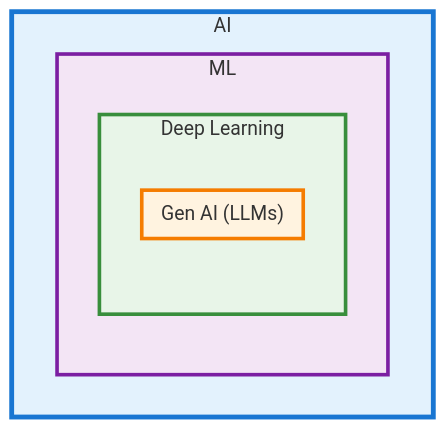
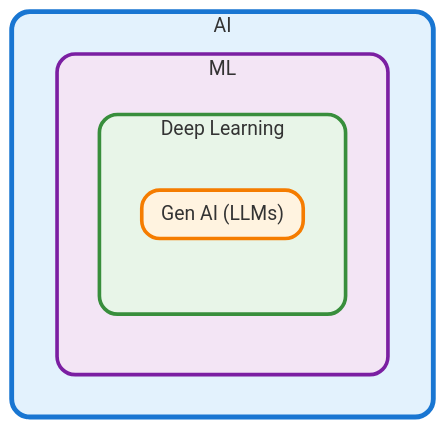
One commit to skolaric/book-ai-and-machine-learning-a-quick-start-guide changed the diagram in 010-overview-of-ai-and-ml.md. Above: the diagram before and after it, drawn with Mermaid.

````diff
--- a/010-overview-of-ai-and-ml.md
+++ b/010-overview-of-ai-and-ml.md
@@ -4,22 +4,22 @@
 ```mermaid
 graph TB
     subgraph AI ["AI"]
         subgraph ML ["ML"]
             subgraph DL ["Deep Learning"]
                 subgraph GenAI ["Gen AI (LLMs)"]
                 end
             end
         end
     end
     
     %% Styling
-    classDef level1 fill:#e3f2fd,stroke:#1976d2,stroke-width:4px
-    classDef level2 fill:#f3e5f5,stroke:#7b1fa2,stroke-width:3px
-    classDef level3 fill:#e8f5e8,stroke:#388e3c,stroke-width:3px
-    classDef level4 fill:#fff3e0,stroke:#f57c00,stroke-width:3px
+    classDef level1 fill:#e3f2fd,stroke:#1976d2,stroke-width:4px,rx:15,ry:15
+    classDef level2 fill:#f3e5f5,stroke:#7b1fa2,stroke-width:3px,rx:15,ry:15
+    classDef level3 fill:#e8f5e8,stroke:#388e3c,stroke-width:3px,rx:15,ry:15
+    classDef level4 fill:#fff3e0,stroke:#f57c00,stroke-width:3px,rx:15,ry:15
     
     class AI level1
     class ML level2
     class DL level3
     class GenAI level4
 ```
````
